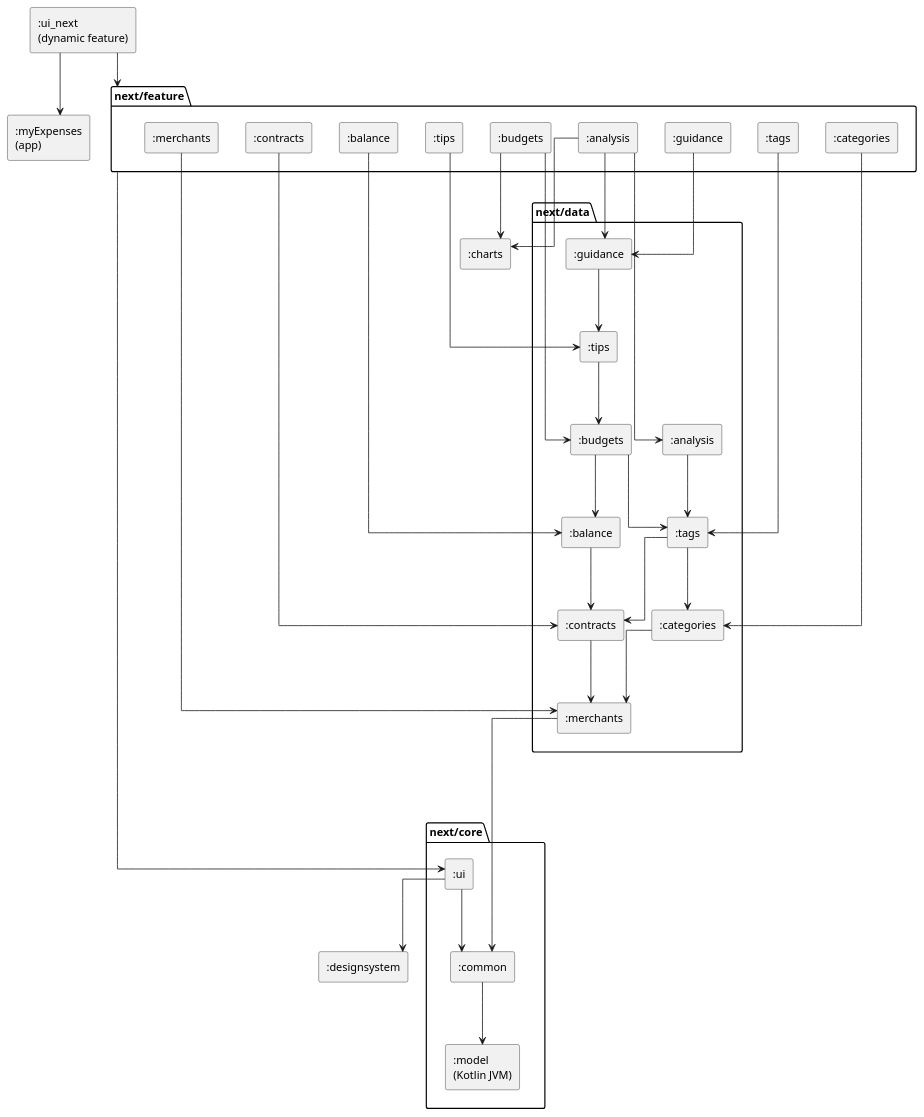
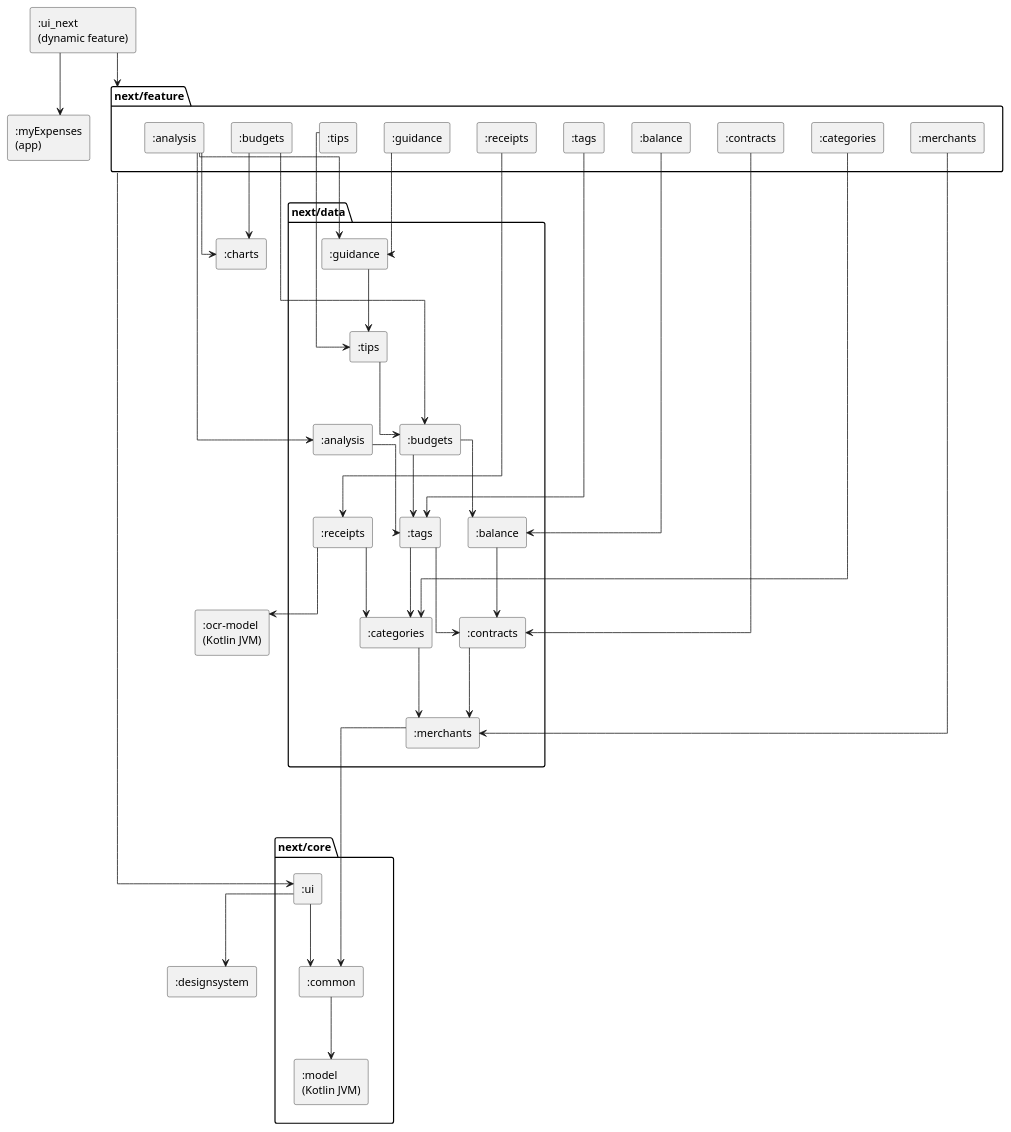
One commit to castn/MyExpenses changed the diagram in ui_next/modules.puml. Above: the diagram before and after it, drawn with PlantUML. The commit also changed 9 other files, not shown here.

```diff
--- a/ui_next/modules.puml
+++ b/ui_next/modules.puml
@@ -1,79 +1,85 @@
 @startuml modules
 ' Generated by the task moduleGraph of build-logic (ModuleGraphPlugin), do not edit.
 ' Dependencies between the modules of the new UI, rule `mod-diagram` of ARCHITECTURE.md.
 ' An edge that follows from a longer path is left out.
 ' An edge from or to a package stands for an edge from or to every module in it.
 skinparam componentStyle rectangle
 skinparam linetype ortho
 skinparam ranksep 80
 top to bottom direction
 
 [:charts] as mCharts
 [:designsystem] as mDesignsystem
 [:myExpenses\n(app)] as mMyExpenses
+[:ocr-model\n(Kotlin JVM)] as mOcrModel
 [:ui_next\n(dynamic feature)] as mUiNext
 
 package "next/core" as pNextCore {
     [:common] as mNextCoreCommon
     [:model\n(Kotlin JVM)] as mNextCoreModel
     [:ui] as mNextCoreUi
 }
 
 package "next/data" as pNextData {
     [:analysis] as mNextDataAnalysis
     [:balance] as mNextDataBalance
     [:budgets] as mNextDataBudgets
     [:categories] as mNextDataCategories
     [:contracts] as mNextDataContracts
     [:guidance] as mNextDataGuidance
     [:merchants] as mNextDataMerchants
+    [:receipts] as mNextDataReceipts
     [:tags] as mNextDataTags
     [:tips] as mNextDataTips
 }
 
 package "next/feature" as pNextFeature {
     [:analysis] as mNextFeatureAnalysis
     [:balance] as mNextFeatureBalance
     [:budgets] as mNextFeatureBudgets
     [:categories] as mNextFeatureCategories
     [:contracts] as mNextFeatureContracts
     [:guidance] as mNextFeatureGuidance
     [:merchants] as mNextFeatureMerchants
+    [:receipts] as mNextFeatureReceipts
     [:tags] as mNextFeatureTags
     [:tips] as mNextFeatureTips
 }
 
 ' Layout only
 mNextDataMerchants -[hidden]--> pNextCore
 mNextFeatureTips -[hidden]--> pNextData
 
 mUiNext --> pNextFeature
 pNextFeature --> mNextCoreUi
 mNextCoreCommon --> mNextCoreModel
 mNextCoreUi --> mDesignsystem
 mNextCoreUi --> mNextCoreCommon
 mNextDataAnalysis --> mNextDataTags
 mNextDataBalance --> mNextDataContracts
 mNextDataBudgets --> mNextDataBalance
 mNextDataBudgets --> mNextDataTags
 mNextDataCategories --> mNextDataMerchants
 mNextDataContracts --> mNextDataMerchants
 mNextDataGuidance --> mNextDataTips
 mNextDataMerchants --> mNextCoreCommon
+mNextDataReceipts --> mNextDataCategories
+mNextDataReceipts --> mOcrModel
 mNextDataTags --> mNextDataCategories
 mNextDataTags --> mNextDataContracts
 mNextDataTips --> mNextDataBudgets
 mNextFeatureAnalysis --> mCharts
 mNextFeatureAnalysis --> mNextDataAnalysis
 mNextFeatureAnalysis --> mNextDataGuidance
 mNextFeatureBalance --> mNextDataBalance
 mNextFeatureBudgets --> mCharts
 mNextFeatureBudgets --> mNextDataBudgets
 mNextFeatureCategories --> mNextDataCategories
 mNextFeatureContracts --> mNextDataContracts
 mNextFeatureGuidance --> mNextDataGuidance
 mNextFeatureMerchants --> mNextDataMerchants
+mNextFeatureReceipts --> mNextDataReceipts
 mNextFeatureTags --> mNextDataTags
 mNextFeatureTips --> mNextDataTips
 mUiNext --> mMyExpenses
 @enduml
```
